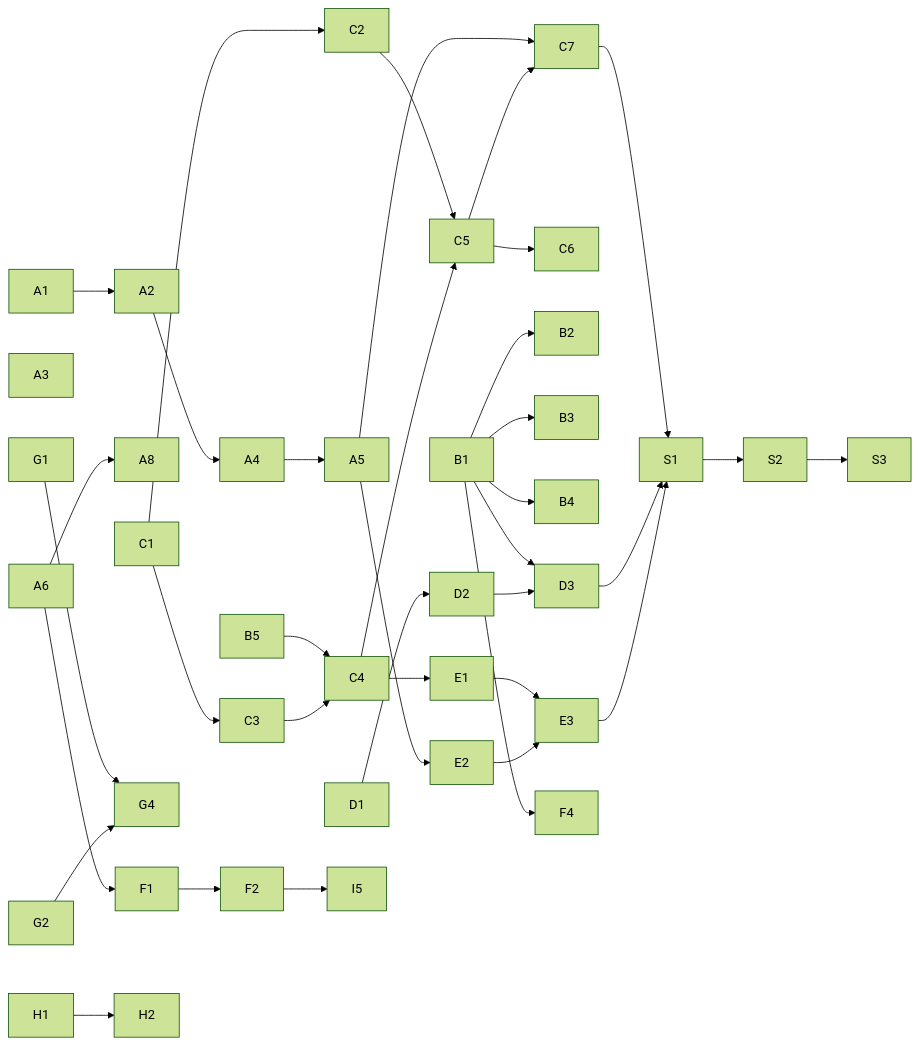
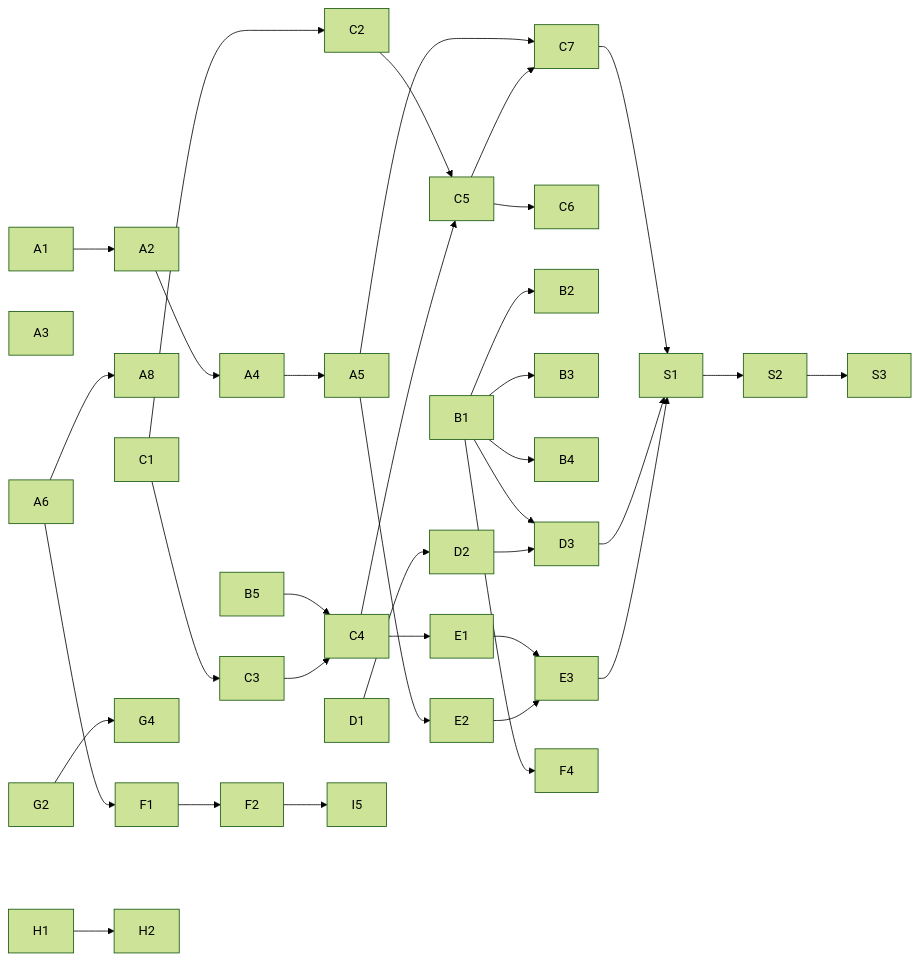
One commit to RaoRakurty/NetOps_Observability changed the second of 2 diagrams in NetOps_Observability/docs/architecture/iris-natural-language-platform.md. Above: the diagram before and after it, drawn with Mermaid (forest theme). The commit also changed other lines of this file, not shown here.

````diff
--- a/NetOps_Observability/docs/architecture/iris-natural-language-platform.md
+++ b/NetOps_Observability/docs/architecture/iris-natural-language-platform.md
@@ -453,20 +451,20 @@
 ```mermaid
 flowchart LR
     A1 --> A2 --> A4 --> A5 --> C7
     A3
     A6 --> A8
     B5 --> C4
     C1 --> C2 --> C5
     C1 --> C3 --> C4 --> C5 --> C6
     C5 --> C7 --> S1
     B1 --> B2 & B3 & B4
     B1 --> D3
     D1 --> D2 --> D3 --> S1
     C4 --> E1 --> E3 --> S1
     A5 --> E2 --> E3
     S1 --> S2 --> S3
-    G1 & G2 --> G4
+    G2 --> G4
     B1 --> F4
     A6 --> F1 --> F2 --> I5
     H1 --> H2
 ```
````
